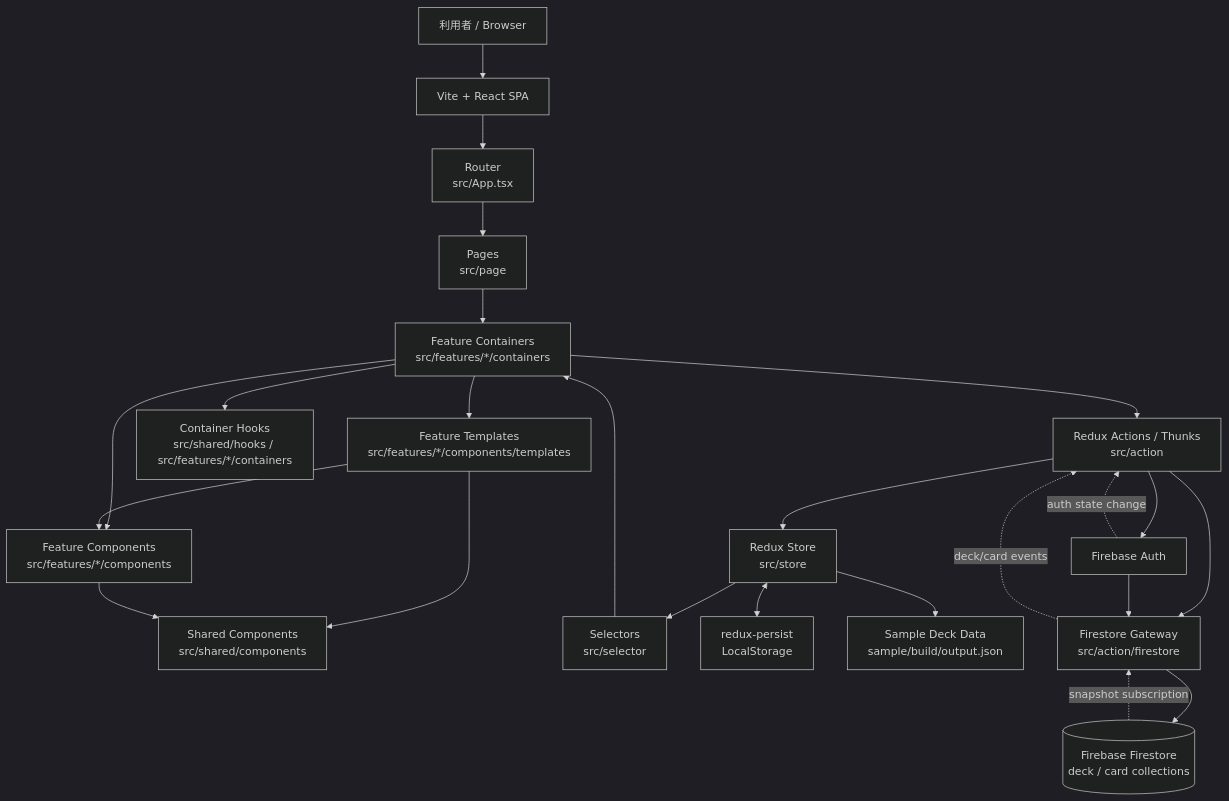
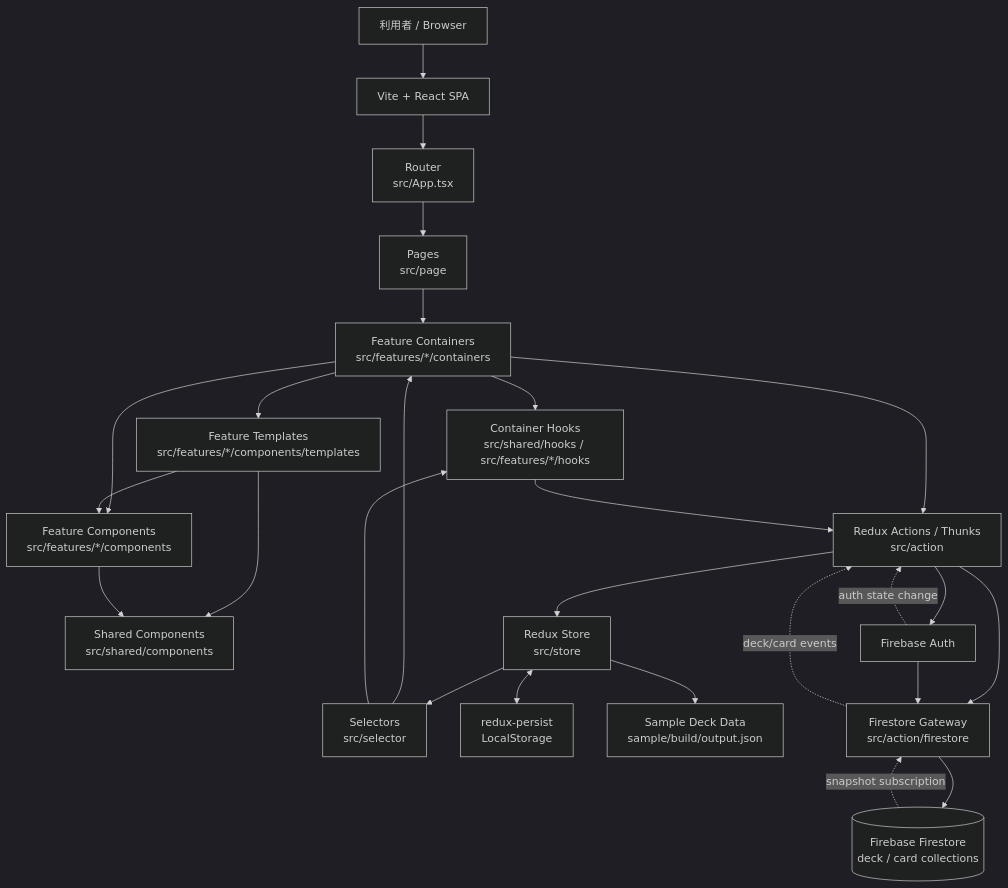
One commit to her0e1c1/tango changed the diagram in docs/architecture.md. Above: the diagram before and after it, drawn with Mermaid (dark theme). The commit also changed other lines of this file and 29 other files, not shown here.

````diff
--- a/docs/architecture.md
+++ b/docs/architecture.md
@@ -3,29 +3,31 @@
 ```mermaid
 flowchart TD
     U[利用者 / Browser] --> V[Vite + React SPA]
     V --> R[Router<br/>src/App.tsx]
     R --> P[Pages<br/>src/page]
     P --> C[Feature Containers<br/>src/features/*/containers]
     C --> T[Feature Templates<br/>src/features/*/components/templates]
     C --> FC[Feature Components<br/>src/features/*/components]
     T --> FC
     T --> SC[Shared Components<br/>src/shared/components]
     FC --> SC
 
-    C --> H[Container Hooks<br/>src/shared/hooks / src/features/*/containers]
+    C --> H[Container Hooks<br/>src/shared/hooks / src/features/*/hooks]
     C --> A[Redux Actions / Thunks<br/>src/action]
+    H --> A
     A --> S[Redux Store<br/>src/store]
     S --> X[Selectors<br/>src/selector]
     X --> C
+    X --> H
 
     S <--> L[redux-persist<br/>LocalStorage]
     S --> I[Sample Deck Data<br/>sample/build/output.json]
     A --> AU[Firebase Auth]
     A --> F[Firestore Gateway<br/>src/action/firestore]
     F --> DB[(Firebase Firestore<br/>deck / card collections)]
     AU --> F
 
     AU -. auth state change .-> A
     DB -. snapshot subscription .-> F
     F -. deck/card events .-> A
 ```
````
